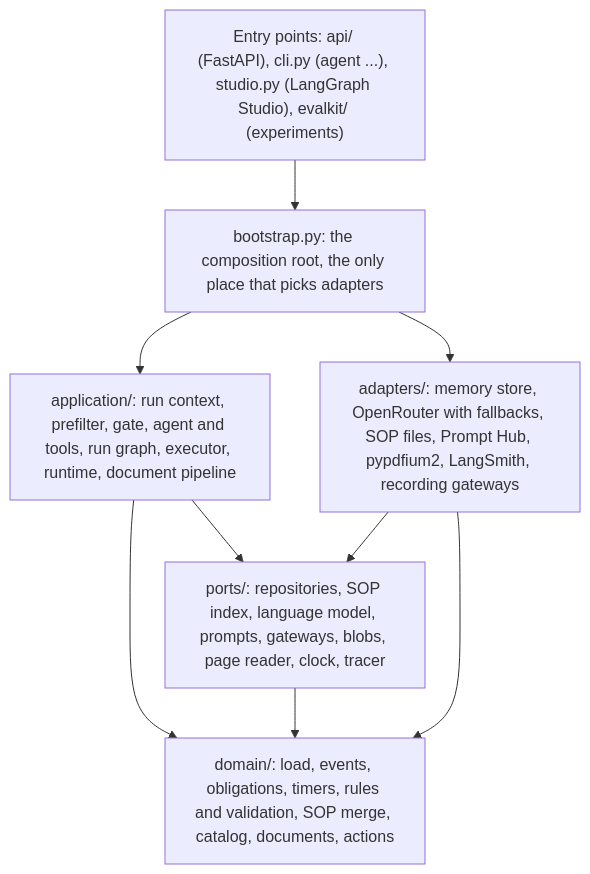
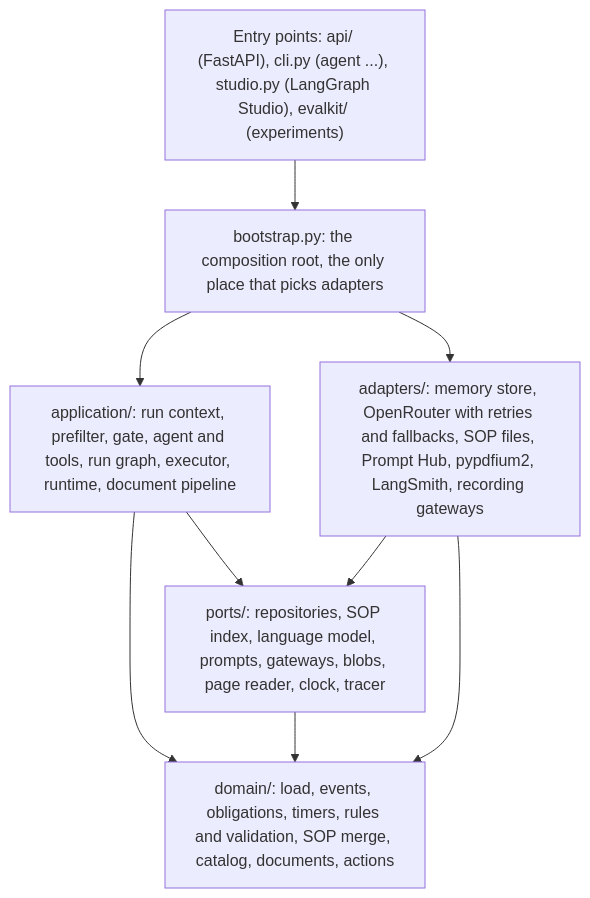
One commit to pedrocwb/freight-hero-assessment changed the second of 10 diagrams in docs/architecture.md. Above: the diagram before and after it, drawn with Mermaid. The commit also changed other lines of this file and 4 other files, not shown here.

````diff
--- a/docs/architecture.md
+++ b/docs/architecture.md
@@ -76,18 +76,18 @@
 ```mermaid
 flowchart TB
   entry["Entry points: api/ (FastAPI), cli.py (agent ...), studio.py (LangGraph Studio), evalkit/ (experiments)"]
   boot["bootstrap.py: the composition root, the only place that picks adapters"]
   app["application/: run context, prefilter, gate, agent and tools, run graph, executor, runtime, document pipeline"]
   ports["ports/: repositories, SOP index, language model, prompts, gateways, blobs, page reader, clock, tracer"]
   domain["domain/: load, events, obligations, timers, rules and validation, SOP merge, catalog, documents, actions"]
-  adapters["adapters/: memory store, OpenRouter with fallbacks, SOP files, Prompt Hub, pypdfium2, LangSmith, recording gateways"]
+  adapters["adapters/: memory store, OpenRouter with retries and fallbacks, SOP files, Prompt Hub, pypdfium2, LangSmith, recording gateways"]
 
   entry --> boot
   boot --> app
   boot --> adapters
   app --> ports
   app --> domain
   ports --> domain
   adapters --> ports
   adapters --> domain
 ```
````
